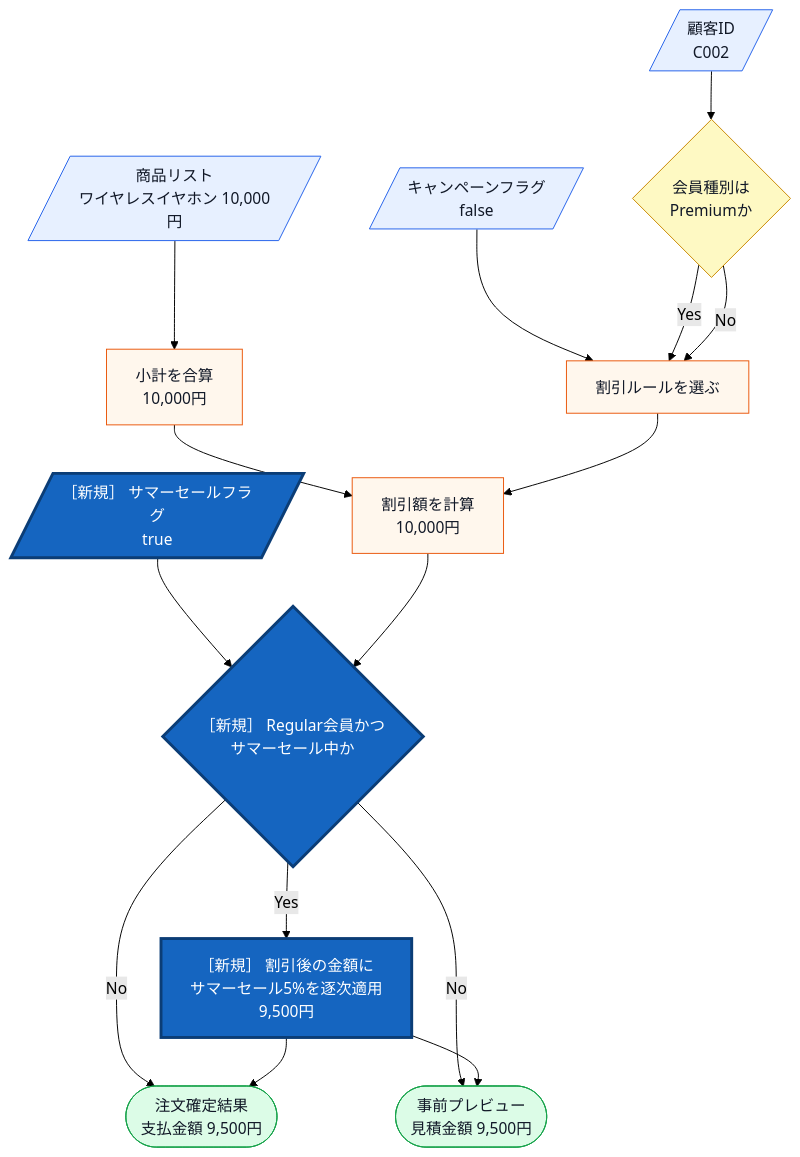
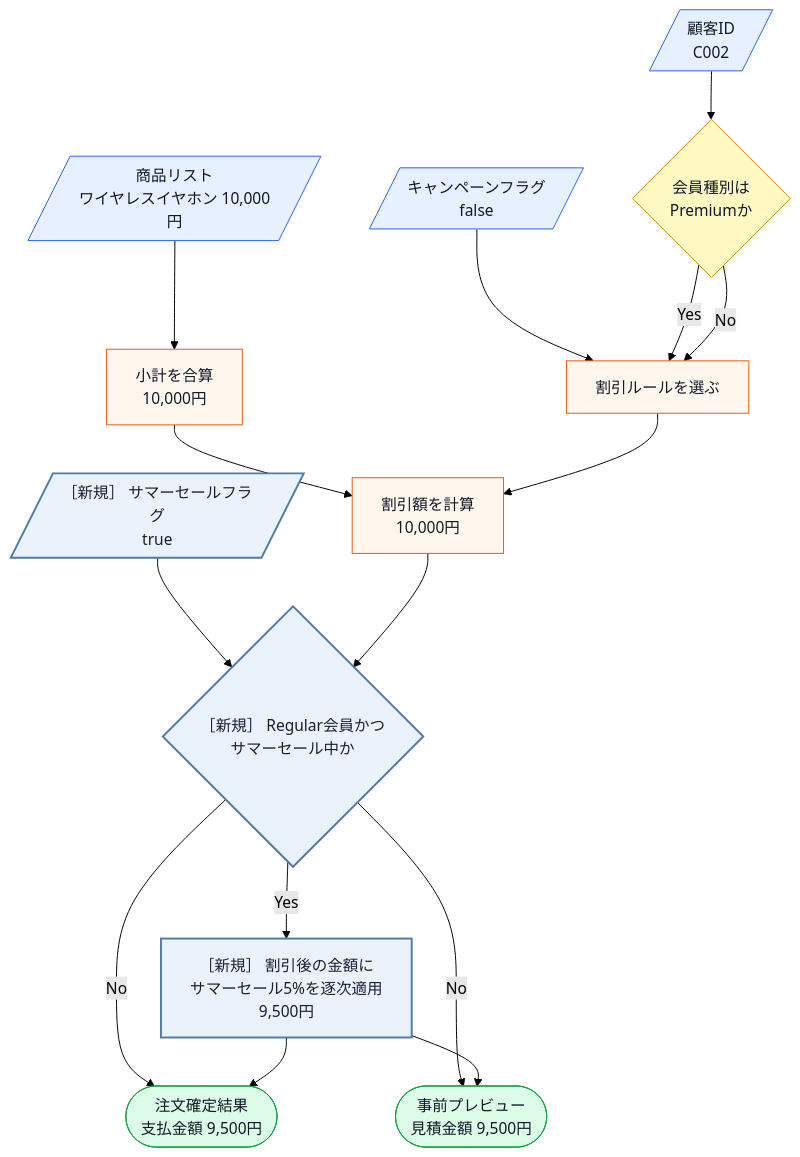
One commit to kumachan1101-pixel/DesignPattern changed the fifth of 16 diagrams in kindle/design-patterns/books/volume01-core-patterns/output/03-chapter01.md. Above: the diagram before and after it, drawn with Mermaid (forest theme). The commit also changed other lines of this file and 16 other files, not shown here.

````diff
--- a/kindle/design-patterns/books/volume01-core-patterns/output/03-chapter01.md
+++ b/kindle/design-patterns/books/volume01-core-patterns/output/03-chapter01.md
@@ -939,24 +929,24 @@
 ```mermaid
 flowchart TB
     A[/商品リスト<br>ワイヤレスイヤホン 10,000円/]:::input --> G[小計を合算<br>10,000円]:::process
     C[/顧客ID<br>C002/]:::input --> D{会員種別は<br>Premiumか}:::decision
     E[/キャンペーンフラグ<br>false/]:::input --> H[割引ルールを選ぶ]:::process
     S[/［新規］ サマーセールフラグ<br>true/]:::input --> T{［新規］ Regular会員かつ<br>サマーセール中か}:::decision
     D -->|Yes| H
     D -->|No| H
     G --> I[割引額を計算<br>10,000円]:::process
     H --> I
     I --> T
     T -->|Yes| U[［新規］ 割引後の金額に<br>サマーセール5%を逐次適用<br>9,500円]:::process
     T -->|No| J([注文確定結果<br>支払金額 9,500円]):::normal
     T -->|No| K([事前プレビュー<br>見積金額 9,500円]):::normal
     U --> J
     U --> K
 
     classDef input fill:#e7f0ff,stroke:#2563eb,color:#111827;
     classDef process fill:#fff7ed,stroke:#ea580c,color:#111827;
     classDef decision fill:#fef9c3,stroke:#ca8a04,color:#111827;
     classDef normal fill:#dcfce7,stroke:#16a34a,color:#111827;
     class S,T,U added;
-    classDef added fill:#1565c0,stroke:#0b3d76,stroke-width:3px,color:#ffffff;
+    classDef added fill:#eaf2fb,stroke:#527aa3,stroke-width:2px,color:#172033;
 ```
````
